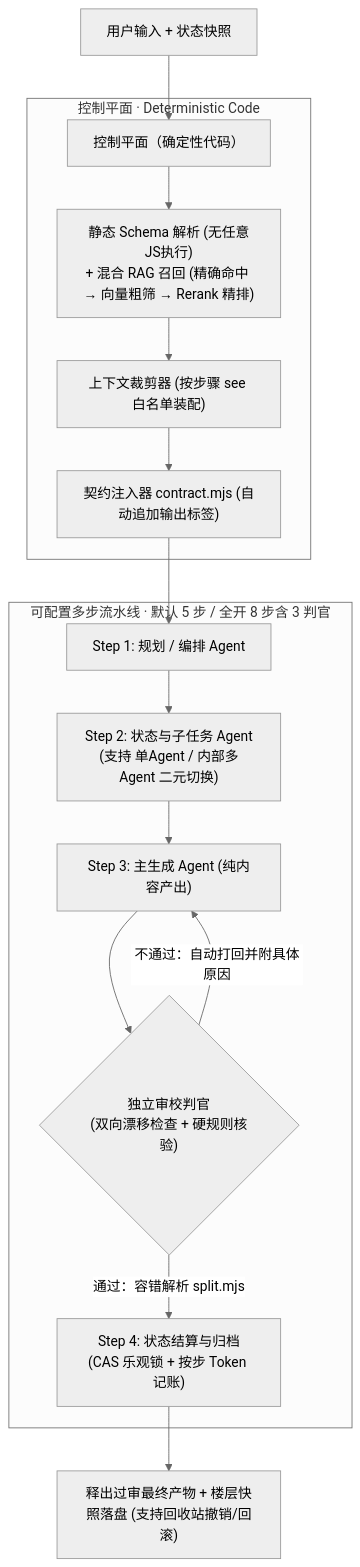
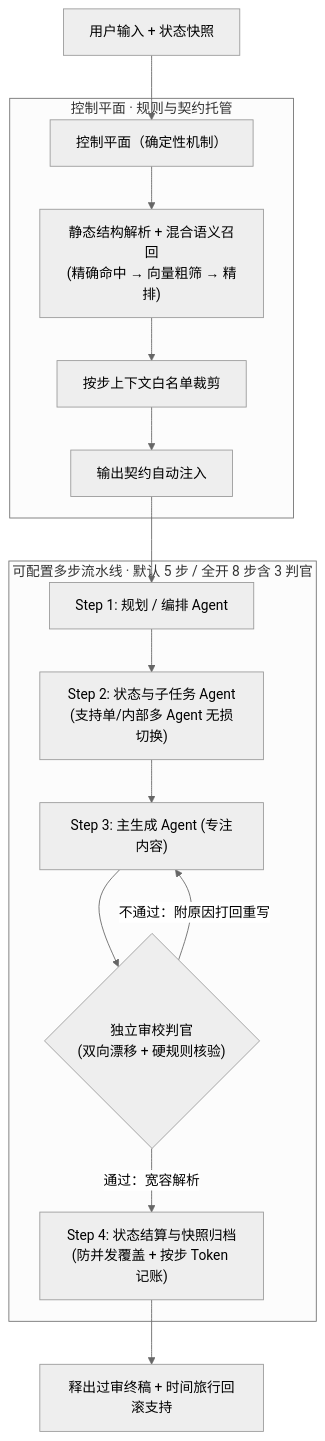
The diagram in 01-multi-agent-orchestrator/README.md (feng46430-cloud/ai-engineering-portfolio), drawn with Mermaid (neutral theme) before and after one commit. The commit also changed other lines of this file and 17 other files, not shown here.

````diff
--- a/01-multi-agent-orchestrator/README.md
+++ b/01-multi-agent-orchestrator/README.md
@@ -23,21 +37,21 @@
 ```mermaid
 flowchart TD
-    U["用户输入 + 状态快照"] --> CP["控制平面（确定性代码）"]
+    U["用户输入 + 状态快照"] --> CP["控制平面（确定性机制）"]
 
-    subgraph ControlPlane["控制平面 · Deterministic Code"]
-        CP --> A["静态 Schema 解析 (无任意JS执行)<br/>+ 混合 RAG 召回 (精确命中 → 向量粗筛 → Rerank 精排)"]
-        A --> B["上下文裁剪器 (按步骤 see 白名单装配)"]
-        B --> C["契约注入器 contract.mjs (自动追加输出标签)"]
+    subgraph ControlPlane["控制平面 · 规则与契约托管"]
+        CP --> A["静态结构解析 + 混合语义召回<br/>(精确命中 → 向量粗筛 → 精排)"]
+        A --> B["按步上下文白名单裁剪"]
+        B --> C["输出契约自动注入"]
     end
 
     subgraph Pipeline["可配置多步流水线 · 默认 5 步 / 全开 8 步含 3 判官"]
         C --> S1["Step 1: 规划 / 编排 Agent"]
-        S1 --> S2["Step 2: 状态与子任务 Agent<br/>(支持 单Agent / 内部多Agent 二元切换)"]
-        S2 --> S3["Step 3: 主生成 Agent (纯内容产出)"]
-        S3 --> G{"独立审校判官<br/>(双向漂移检查 + 硬规则核验)"}
-        G -- "不通过：自动打回并附具体原因" --> S3
-        G -- "通过：容错解析 split.mjs" --> S4["Step 4: 状态结算与归档<br/>(CAS 乐观锁 + 按步 Token 记账)"]
+        S1 --> S2["Step 2: 状态与子任务 Agent<br/>(支持单/内部多 Agent 无损切换)"]
+        S2 --> S3["Step 3: 主生成 Agent (专注内容)"]
+        S3 --> G{"独立审校判官<br/>(双向漂移 + 硬规则核验)"}
+        G -- "不通过：附原因打回重写" --> S3
+        G -- "通过：宽容解析" --> S4["Step 4: 状态结算与快照归档<br/>(防并发覆盖 + 按步 Token 记账)"]
     end
 
-    S4 --> OUT["释出过审最终产物 + 楼层快照落盘 (支持回收站撤销/回滚)"]
+    S4 --> OUT["释出过审终稿 + 时间旅行回滚支持"]
 ```
````
